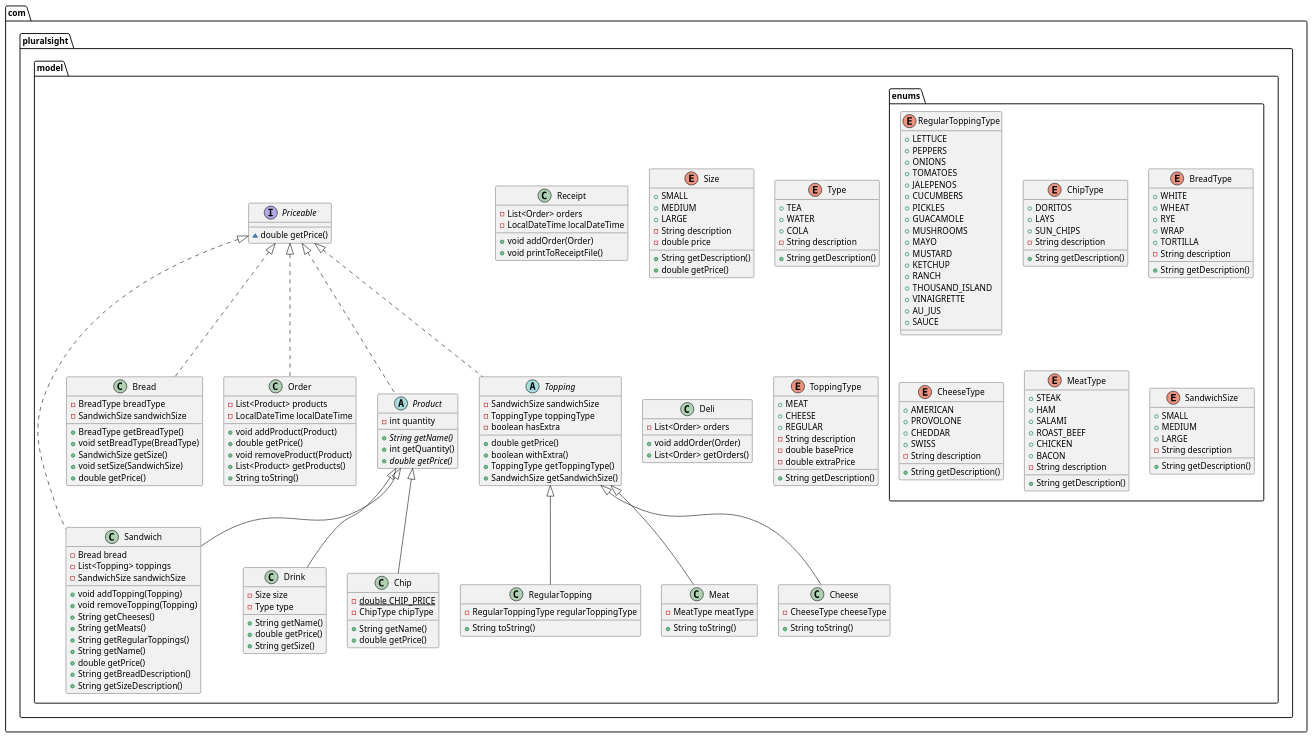
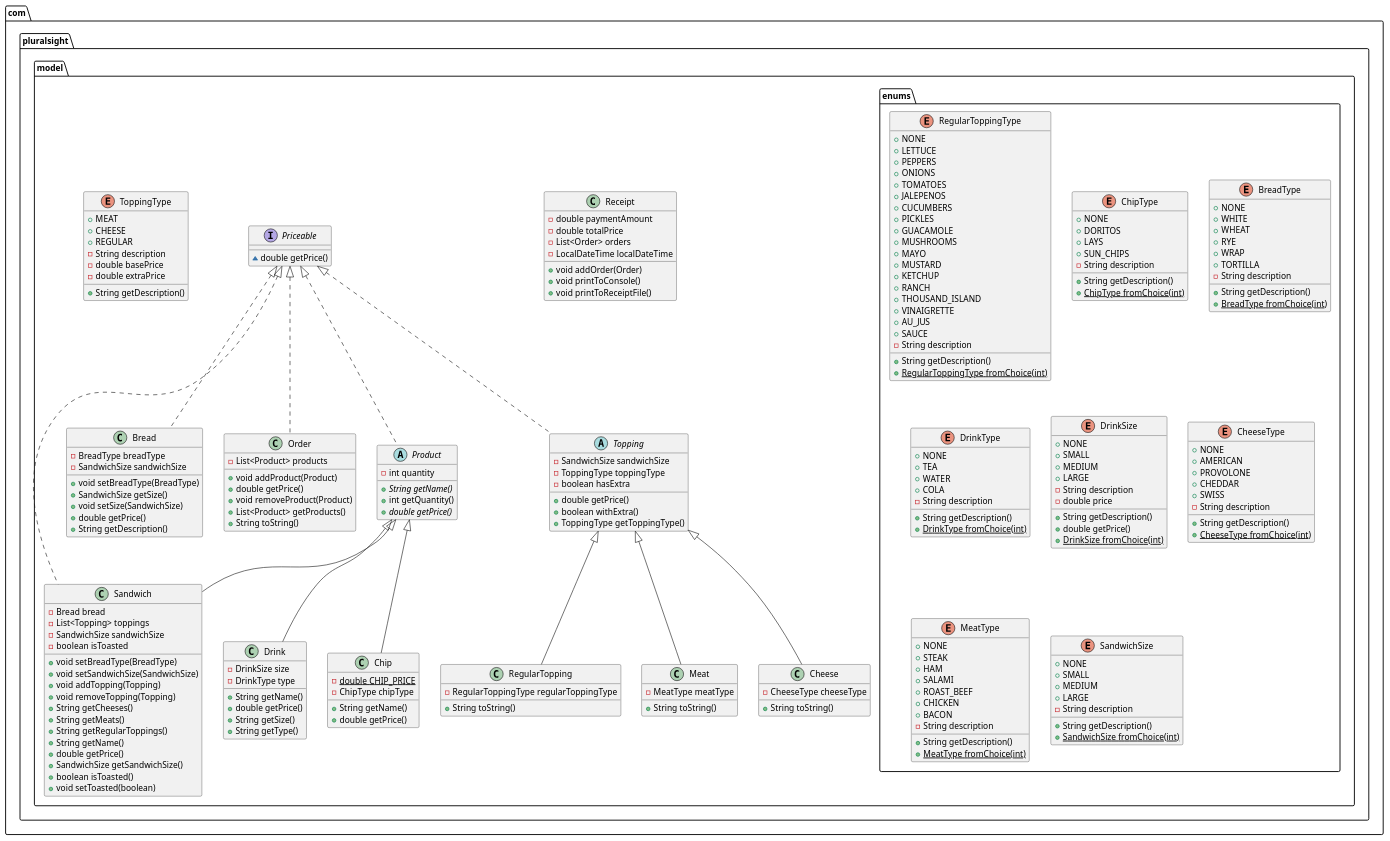
The diagram in model-diagram.puml (poteatc/Deli-cious), drawn with PlantUML before and after one commit. The commit also changed 33 other files, not shown here.

```diff
--- a/model-diagram.puml
+++ b/model-diagram.puml
@@ -9,6 +9,9 @@
 - Bread bread
 - List<Topping> toppings
 - SandwichSize sandwichSize
+- boolean isToasted
++ void setBreadType(BreadType)
++ void setSandwichSize(SandwichSize)
 + void addTopping(Topping)
 + void removeTopping(Topping)
 + String getCheeses()
@@ -16,15 +19,19 @@
 + String getRegularToppings()
 + String getName()
 + double getPrice()
-+ String getBreadDescription()
-+ String getSizeDescription()
++ SandwichSize getSandwichSize()
++ boolean isToasted()
++ void setToasted(boolean)
 }
 
 
 class com.pluralsight.model.Receipt {
+- double paymentAmount
+- double totalPrice
 - List<Order> orders
 - LocalDateTime localDateTime
 + void addOrder(Order)
++ void printToConsole()
 + void printToReceiptFile()
 }
 
@@ -42,6 +49,7 @@
 
 
 enum com.pluralsight.model.enums.RegularToppingType {
++  NONE
 +  LETTUCE
 +  PEPPERS
 +  ONIONS
@@ -59,18 +67,70 @@
 +  VINAIGRETTE
 +  AU_JUS
 +  SAUCE
+- String description
++ String getDescription()
++ {static} RegularToppingType fromChoice(int)
 }
 
+
 class com.pluralsight.model.Drink {
-- Size size
-- Type type
+- DrinkSize size
+- DrinkType type
 + String getName()
 + double getPrice()
 + String getSize()
++ String getType()
 }
 
 
-enum com.pluralsight.model.Size {
+enum com.pluralsight.model.enums.ChipType {
++  NONE
++  DORITOS
++  LAYS
++  SUN_CHIPS
+- String description
++ String getDescription()
++ {static} ChipType fromChoice(int)
+}
+
+
+enum com.pluralsight.model.enums.BreadType {
++  NONE
++  WHITE
++  WHEAT
++  RYE
++  WRAP
++  TORTILLA
+- String description
++ String getDescription()
++ {static} BreadType fromChoice(int)
+}
+
+
+enum com.pluralsight.model.enums.DrinkType {
++  NONE
++  TEA
++  WATER
++  COLA
+- String description
++ String getDescription()
++ {static} DrinkType fromChoice(int)
+}
+
+
+class com.pluralsight.model.Bread {
+- BreadType breadType
+- SandwichSize sandwichSize
++ void setBreadType(BreadType)
++ SandwichSize getSize()
++ void setSize(SandwichSize)
++ double getPrice()
++ String getDescription()
+}
+
+
+enum com.pluralsight.model.enums.DrinkSize {
++  NONE
 +  SMALL
 +  MEDIUM
 +  LARGE
@@ -78,67 +138,24 @@
 - double price
 + String getDescription()
 + double getPrice()
-}
-
-
-enum com.pluralsight.model.Type {
-+  TEA
-+  WATER
-+  COLA
-- String description
-+ String getDescription()
-}
-
-
-enum com.pluralsight.model.enums.ChipType {
-+  DORITOS
-+  LAYS
-+  SUN_CHIPS
-- String description
-+ String getDescription()
-}
-
-
-class com.pluralsight.model.Deli {
-- List<Order> orders
-+ void addOrder(Order)
-+ List<Order> getOrders()
-}
-
-
-enum com.pluralsight.model.enums.BreadType {
-+  WHITE
-+  WHEAT
-+  RYE
-+  WRAP
-+  TORTILLA
-- String description
-+ String getDescription()
-}
-
-
-class com.pluralsight.model.Bread {
-- BreadType breadType
-- SandwichSize sandwichSize
-+ BreadType getBreadType()
-+ void setBreadType(BreadType)
-+ SandwichSize getSize()
-+ void setSize(SandwichSize)
-+ double getPrice()
++ {static} DrinkSize fromChoice(int)
 }
 
 
 enum com.pluralsight.model.enums.CheeseType {
++  NONE
 +  AMERICAN
 +  PROVOLONE
 +  CHEDDAR
 +  SWISS
 - String description
 + String getDescription()
++ {static} CheeseType fromChoice(int)
 }
 
 
 enum com.pluralsight.model.enums.MeatType {
++  NONE
 +  STEAK
 +  HAM
 +  SALAMI
@@ -147,12 +164,12 @@
 +  BACON
 - String description
 + String getDescription()
++ {static} MeatType fromChoice(int)
 }
 
 
 class com.pluralsight.model.Order {
 - List<Product> products
-- LocalDateTime localDateTime
 + void addProduct(Product)
 + double getPrice()
 + void removeProduct(Product)
@@ -182,11 +199,13 @@
 
 
 enum com.pluralsight.model.enums.SandwichSize {
++  NONE
 +  SMALL
 +  MEDIUM
 +  LARGE
 - String description
 + String getDescription()
++ {static} SandwichSize fromChoice(int)
 }
 
 
@@ -197,7 +216,6 @@
 + double getPrice()
 + boolean withExtra()
 + ToppingType getToppingType()
-+ SandwichSize getSandwichSize()
 }
 
 
```
